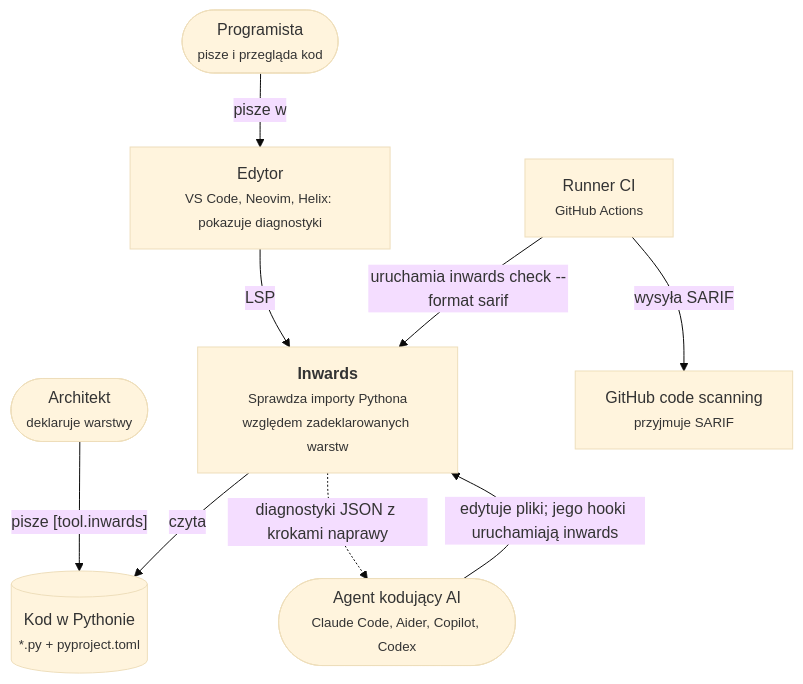
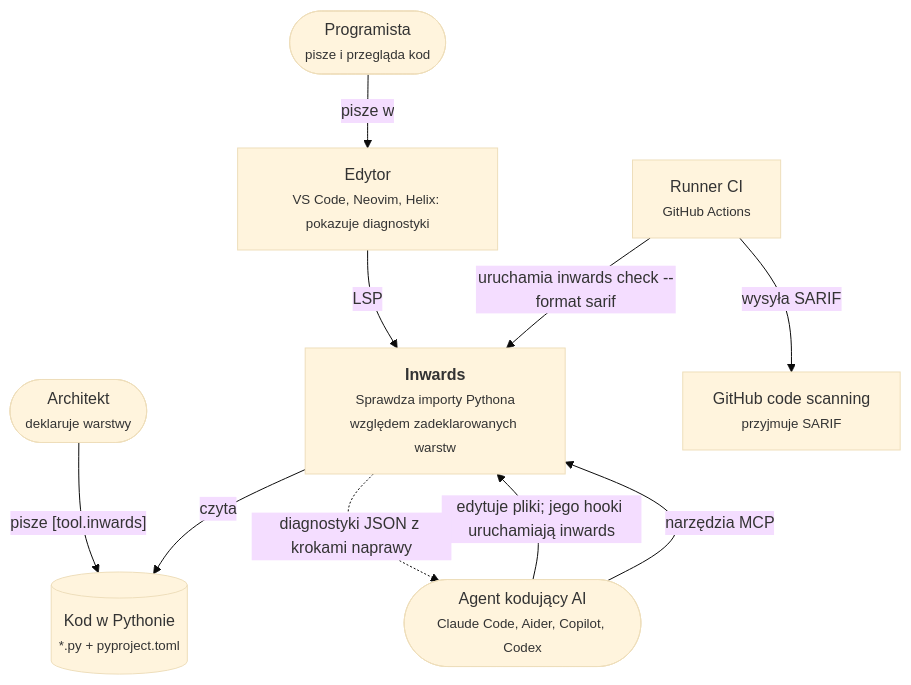
Before and after one commit to SirCypkowskyy/inwards: the first of 6 diagrams in docs/pl/03-Architecture-C4.md, drawn with Mermaid (base theme). The commit also changed other lines of this file and 44 other files, not shown here.

First line of the commit message:
feat(cli): add `inwards mcp`, an MCP server with check_files, explain_rule and where_should_this_go

````diff
--- a/docs/pl/03-Architecture-C4.md
+++ b/docs/pl/03-Architecture-C4.md
@@ -17,23 +17,24 @@
 ```mermaid
 flowchart TB
     architect(["Architekt<br/><small>deklaruje warstwy</small>"])
     dev(["Programista<br/><small>pisze i przegląda kod</small>"])
     agent(["Agent kodujący AI<br/><small>Claude Code, Aider, Copilot, Codex</small>"])
 
     inwards["<b>Inwards</b><br/><small>Sprawdza importy Pythona<br/>względem zadeklarowanych warstw</small>"]
 
     repo[("Kod w Pythonie<br/><small>*.py + pyproject.toml</small>")]
     editor["Edytor<br/><small>VS Code, Neovim, Helix: pokazuje diagnostyki</small>"]
     ci["Runner CI<br/><small>GitHub Actions</small>"]
     scanning["GitHub code scanning<br/><small>przyjmuje SARIF</small>"]
 
     architect -- "pisze [tool.inwards]" --> repo
     agent -- "edytuje pliki; jego hooki uruchamiają inwards" --> inwards
+    agent -- "narzędzia MCP" --> inwards
     dev -- "pisze w" --> editor
     editor -- "LSP" --> inwards
     ci -- "uruchamia inwards check --format sarif" --> inwards
     inwards -- "czyta" --> repo
     ci -- "wysyła SARIF" --> scanning
     inwards -. "diagnostyki JSON z krokami naprawy" .-> agent
 
 ```
````
